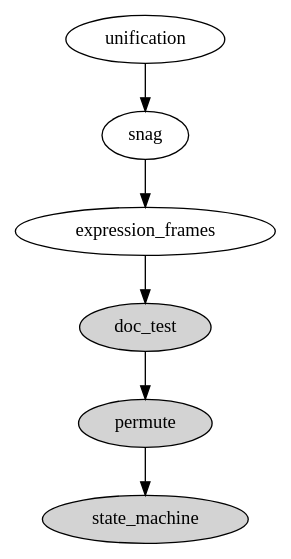
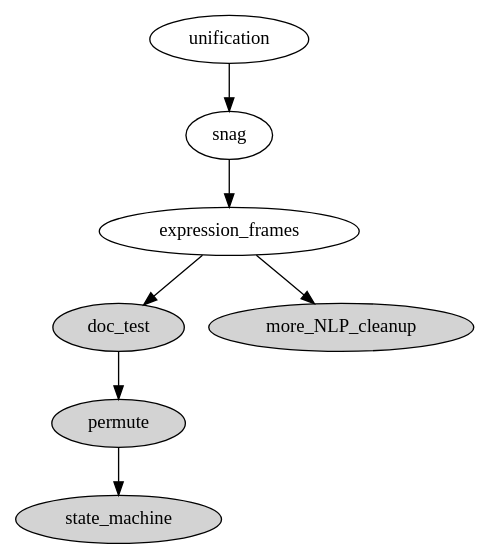
Before and after one commit to hipe/tmx: the diagram in current-tangent-stack.dot, drawn with Graphviz. The commit also changed 33 other files, not shown here.

```diff
--- a/current-tangent-stack.dot
+++ b/current-tangent-stack.dot
@@ -1,12 +1,14 @@
 digraph g {
 
   doc_test [style=filled]
+  more_NLP_cleanup [style=filled]
   permute [style=filled]
   state_machine [style=filled]
 
   permute->state_machine
+  expression_frames->more_NLP_cleanup
   expression_frames->doc_test
   doc_test->permute
   snag->expression_frames
   unification->snag
 }
```
